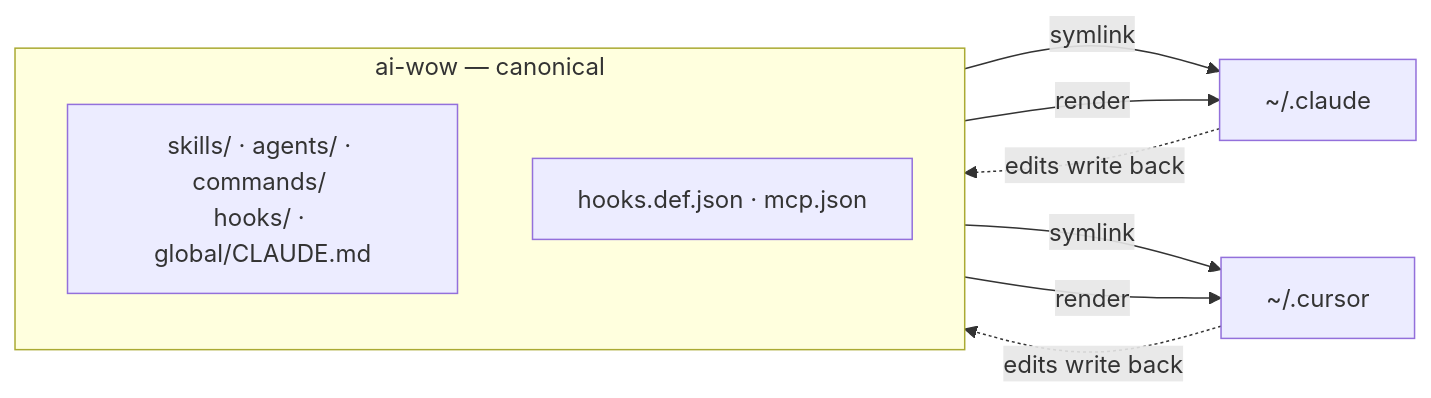
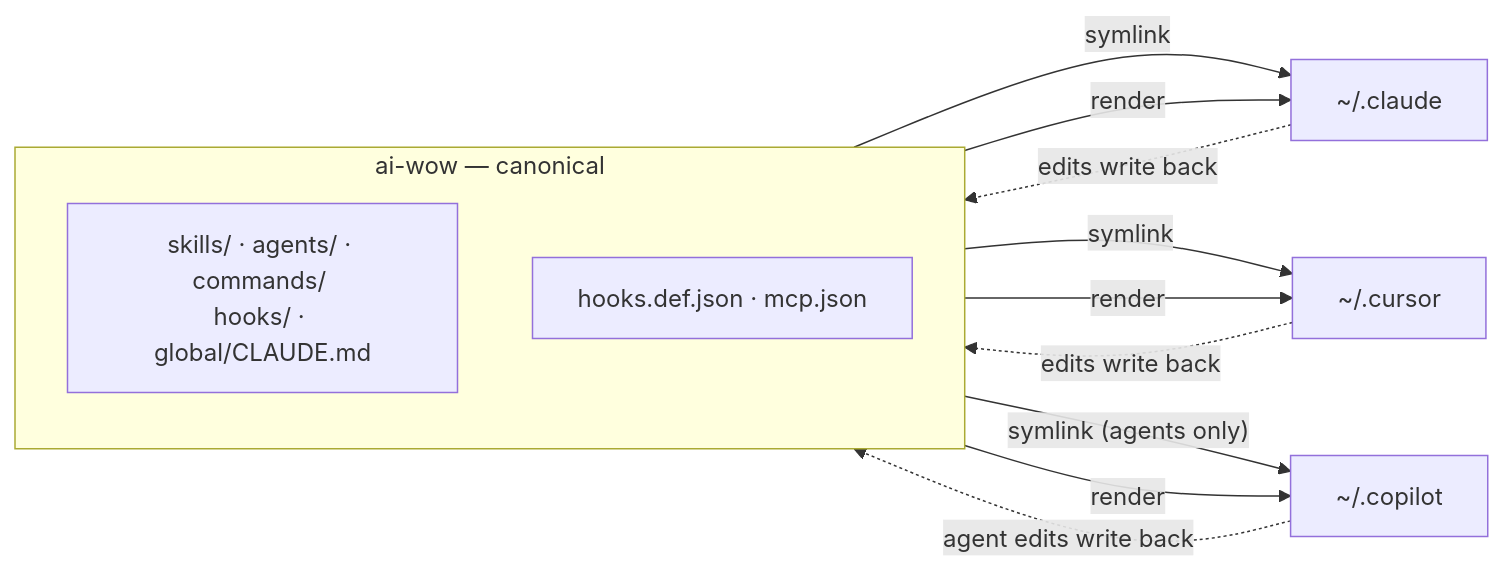
One commit to ozanozcan/ai-wow changed the first of 2 diagrams in README.md. Above: the diagram before and after it, drawn with Mermaid. The commit also changed other lines of this file and 121 other files, not shown here.

````diff
--- a/README.md
+++ b/README.md
@@ -60,14 +61,17 @@
 ```mermaid
 flowchart LR
   subgraph REPO["ai-wow — canonical"]
     direction TB
     A["skills/ · agents/ · commands/ <br/>hooks/ · global/CLAUDE.md"]
     B["hooks.def.json · mcp.json"]
   end
   A -->|"symlink"| C["~/.claude"]
   A -->|"symlink"| D["~/.cursor"]
+  A -->|"symlink (agents only)"| E["~/.copilot"]
   B -->|"render"| C
   B -->|"render"| D
+  B -->|"render"| E
   C -.->|"edits write back"| A
   D -.->|"edits write back"| A
+  E -.->|"agent edits write back"| A
 ```
````
